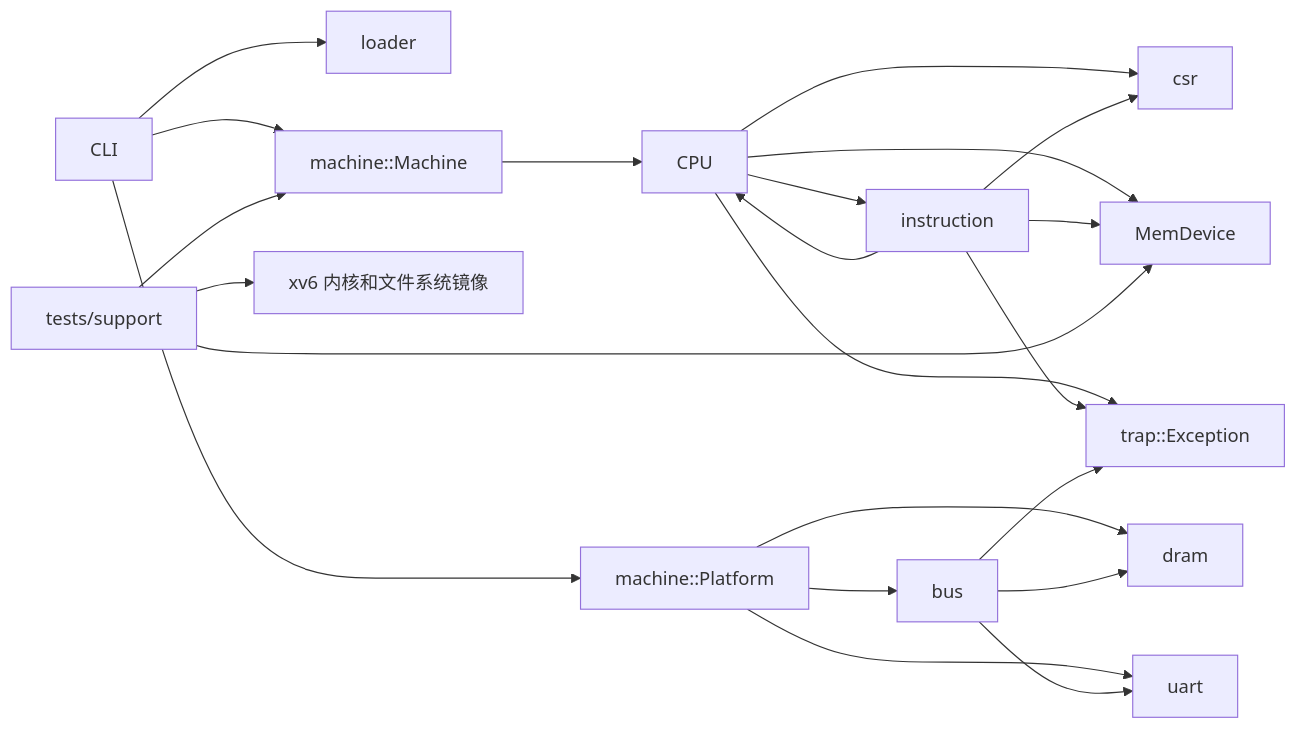
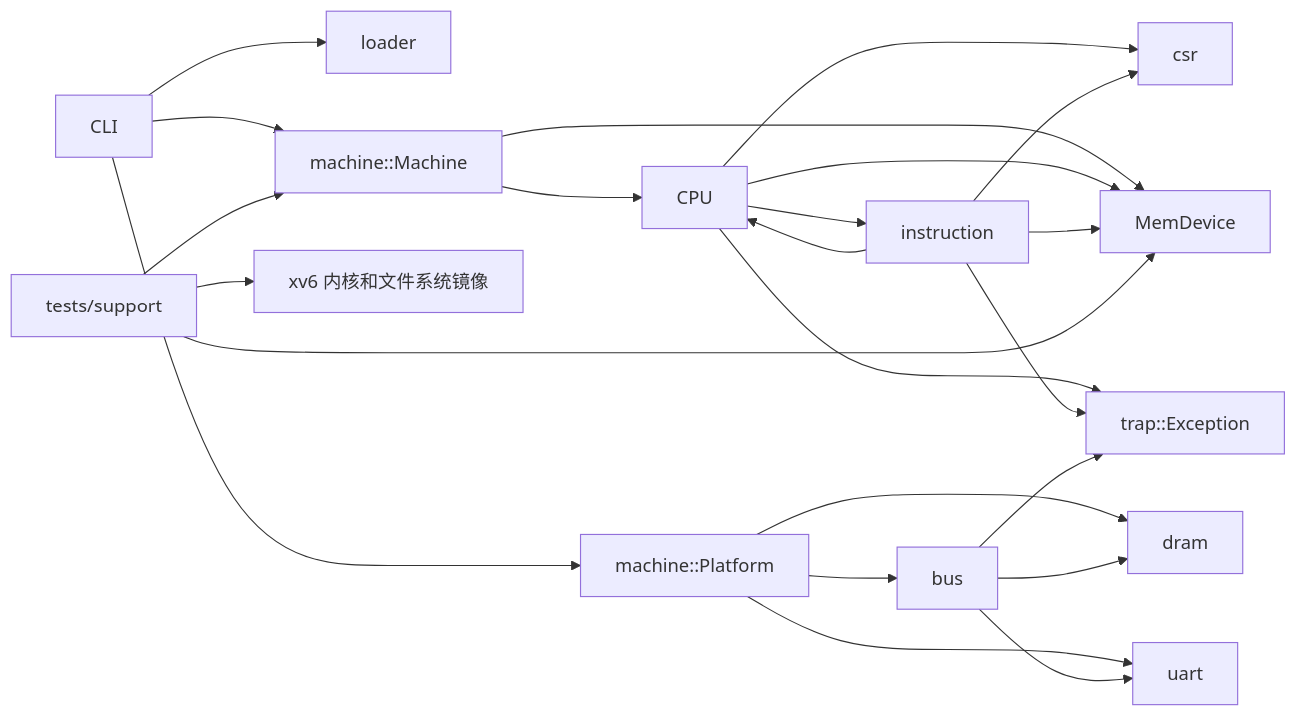
The diagram in docs/repository-status/README.md (AkiraLyu/arvsim), drawn with Mermaid before and after one commit. The commit also changed other lines of this file and 24 other files, not shown here.

````diff
--- a/docs/repository-status/README.md
+++ b/docs/repository-status/README.md
@@ -47,24 +47,25 @@
 ```mermaid
 flowchart LR
   CLI --> LOADER["loader"]
   CLI --> MACHINE["machine::Machine"]
   CLI --> PLATFORM["machine::Platform"]
   PLATFORM --> BUS["bus"]
   PLATFORM --> DRAM["dram"]
   PLATFORM --> UART["uart"]
   MACHINE --> CPU
+  MACHINE --> BUSIF
   CPU --> INST["instruction"]
   CPU --> CSR["csr"]
   CPU --> BUSIF["MemDevice"]
   INST --> CPU
   INST --> CSR
   INST --> BUSIF
   BUS --> DRAM
   BUS --> UART
   CPU --> TRAP["trap::Exception"]
   INST --> TRAP
   BUS --> TRAP
   TEST["tests/support"] --> MACHINE
   TEST --> BUSIF
   TEST --> XV6["xv6 内核和文件系统镜像"]
 ```
````
